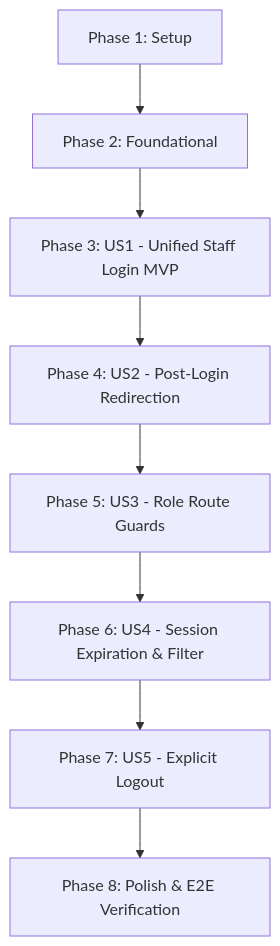
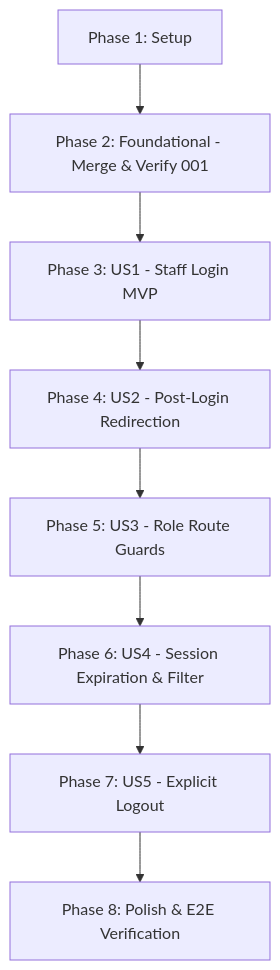
The diagram in specs/002-staff-auth-redirect-guards/tasks.md (ValentinoCarmonaS/G12---GDSI), drawn with Mermaid before and after one commit. The commit also changed other lines of this file and 2 other files, not shown here.

````diff
--- a/specs/002-staff-auth-redirect-guards/tasks.md
+++ b/specs/002-staff-auth-redirect-guards/tasks.md
@@ -191,10 +180,10 @@
 ```mermaid
 flowchart TD
-    Phase1[Phase 1: Setup] --> Phase2[Phase 2: Foundational]
-    Phase2 --> Phase3[Phase 3: US1 - Unified Staff Login MVP]
+    Phase1[Phase 1: Setup] --> Phase2[Phase 2: Foundational - Merge & Verify 001]
+    Phase2 --> Phase3[Phase 3: US1 - Staff Login MVP]
     Phase3 --> Phase4[Phase 4: US2 - Post-Login Redirection]
     Phase4 --> Phase5[Phase 5: US3 - Role Route Guards]
     Phase5 --> Phase6[Phase 6: US4 - Session Expiration & Filter]
     Phase6 --> Phase7[Phase 7: US5 - Explicit Logout]
     Phase7 --> Phase8[Phase 8: Polish & E2E Verification]
 ```
````
